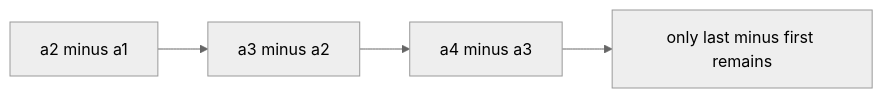
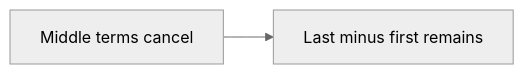
The tenth of 14 diagrams in CP_DSA_NOTES/000_MATH/001_cp_maths_basics.md (mthaiseer/springcloud-systemdesign-notes), drawn with Mermaid (neutral theme) before and after one commit. The commit also changed other lines of this file and 1 other file, not shown here.

````diff
--- a/CP_DSA_NOTES/000_MATH/001_cp_maths_basics.md
+++ b/CP_DSA_NOTES/000_MATH/001_cp_maths_basics.md
@@ -463,6 +588,4 @@
 ```mermaid
 flowchart LR
-    A[a2 minus a1] --> B[a3 minus a2]
-    B --> C[a4 minus a3]
-    C --> D[only last minus first remains]
+    A[Middle terms cancel] --> B[Last minus first remains]
 ```
````
